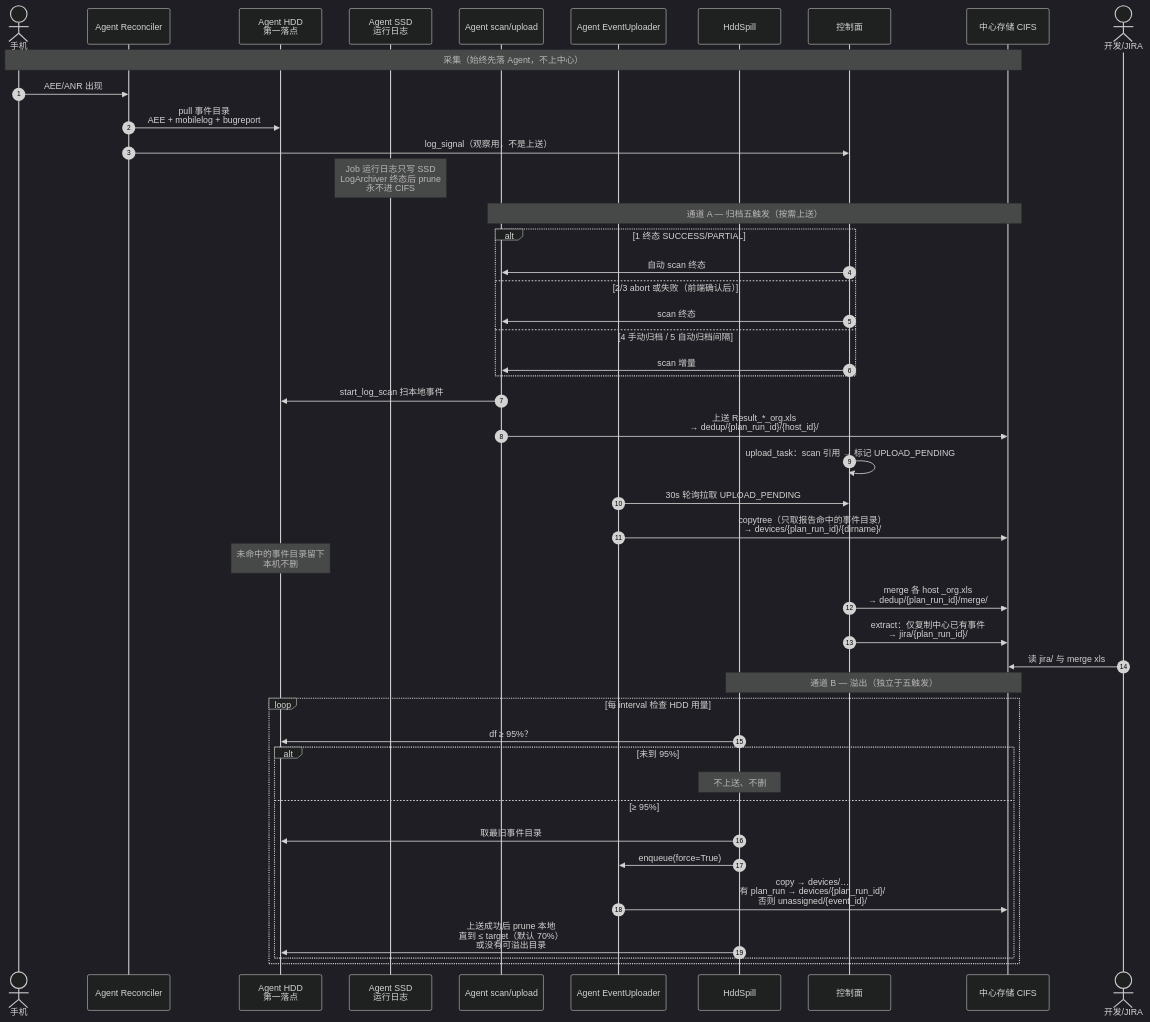
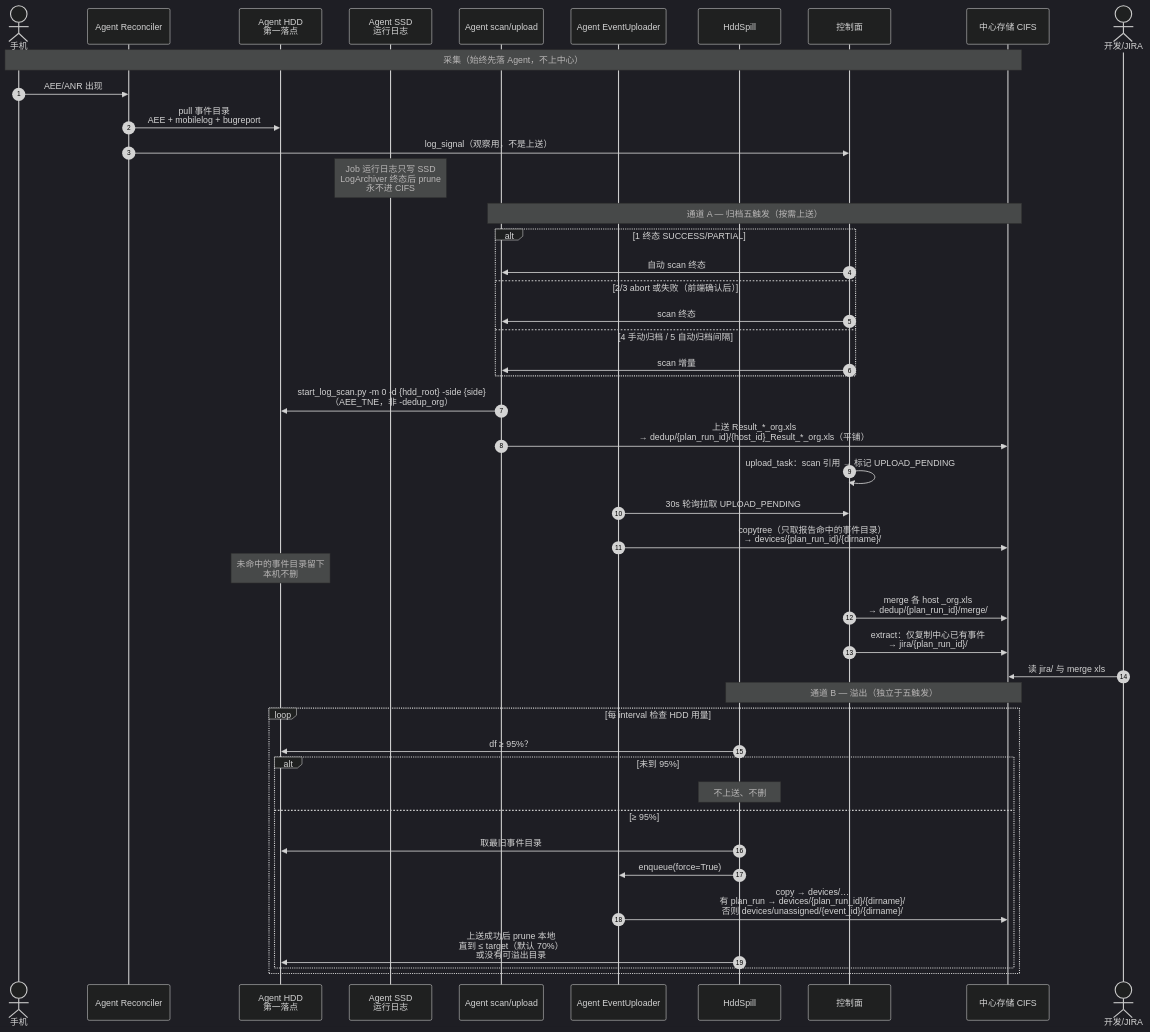
Before and after one commit to DUElost/stability-test-platform: the first of 2 diagrams in docs/design/2026-adr-0025-log-flow-sequence.md, drawn with Mermaid (dark theme). The commit also changed other lines of this file, not shown here.

Commit message:
docs: align sequence doc with code facts (AEE dirs, flat dedup naming, unassigned path, scan argv)

````diff
--- a/docs/design/2026-adr-0025-log-flow-sequence.md
+++ b/docs/design/2026-adr-0025-log-flow-sequence.md
@@ -38,56 +38,56 @@
 ```mermaid
 sequenceDiagram
     autonumber
     actor Phone as 手机
     participant Rec as Agent Reconciler
     participant HDD as Agent HDD<br/>第一落点
     participant SSD as Agent SSD<br/>运行日志
     participant Scan as Agent scan/upload
     participant EU as Agent EventUploader
     participant Spill as HddSpill
     participant CP as 控制面
     participant CIFS as 中心存储 CIFS
     actor Dev as 开发/JIRA
 
     Note over Phone,CIFS: 采集（始终先落 Agent，不上中心）
 
     Phone->>Rec: AEE/ANR 出现
     Rec->>HDD: pull 事件目录<br/>AEE + mobilelog + bugreport
     Rec->>CP: log_signal（观察用，不是上送）
     Note over SSD: Job 运行日志只写 SSD<br/>LogArchiver 终态后 prune<br/>永不进 CIFS
 
     Note over Scan,CIFS: 通道 A — 归档五触发（按需上送）
 
     alt 1 终态 SUCCESS/PARTIAL
         CP->>Scan: 自动 scan 终态
     else 2/3 abort 或失败（前端确认后）
         CP->>Scan: scan 终态
     else 4 手动归档 / 5 自动归档间隔
         CP->>Scan: scan 增量
     end
 
-    Scan->>HDD: start_log_scan 扫本地事件
-    Scan->>CIFS: 上送 Result_*_org.xls<br/>→ dedup/{plan_run_id}/{host_id}/
+    Scan->>HDD: start_log_scan.py -m 0 -d {hdd_root} -side {side}<br/>（AEE_TNE，非 -dedup_org）
+    Scan->>CIFS: 上送 Result_*_org.xls<br/>→ dedup/{plan_run_id}/{host_id}_Result_*_org.xls（平铺）
     CP->>CP: upload_task：scan 引用 → 标记 UPLOAD_PENDING
     EU->>CP: 30s 轮询拉取 UPLOAD_PENDING
     EU->>CIFS: copytree（只取报告命中的事件目录）<br/>→ devices/{plan_run_id}/{dirname}/
     Note over HDD: 未命中的事件目录留下<br/>本机不删
 
     CP->>CIFS: merge 各 host _org.xls<br/>→ dedup/{plan_run_id}/merge/
     CP->>CIFS: extract：仅复制中心已有事件<br/>→ jira/{plan_run_id}/
     Dev->>CIFS: 读 jira/ 与 merge xls
 
     Note over Spill,CIFS: 通道 B — 溢出（独立于五触发）
 
     loop 每 interval 检查 HDD 用量
         Spill->>HDD: df ≥ 95%？
         alt 未到 95%
             Note over Spill: 不上送、不删
         else ≥ 95%
             Spill->>HDD: 取最旧事件目录
             Spill->>EU: enqueue(force=True)
-            EU->>CIFS: copy → devices/…<br/>有 plan_run → devices/{plan_run_id}/<br/>否则 unassigned/{event_id}/
+            EU->>CIFS: copy → devices/…<br/>有 plan_run → devices/{plan_run_id}/{dirname}/<br/>否则 devices/unassigned/{event_id}/{dirname}/
             Spill->>HDD: 上送成功后 prune 本地<br/>直到 ≤ target（默认 70%）<br/>或没有可溢出目录
         end
     end
 ```
````
